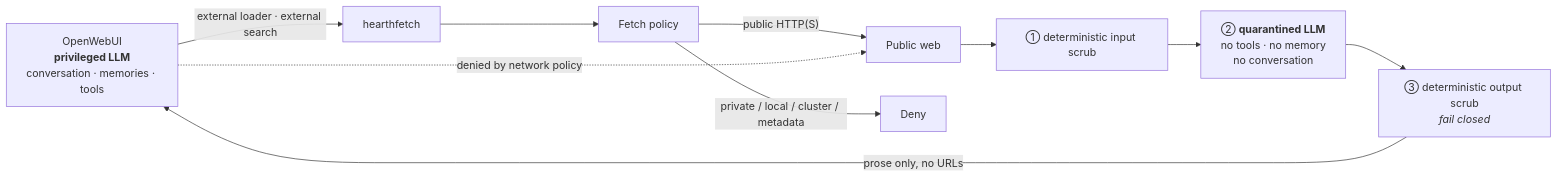
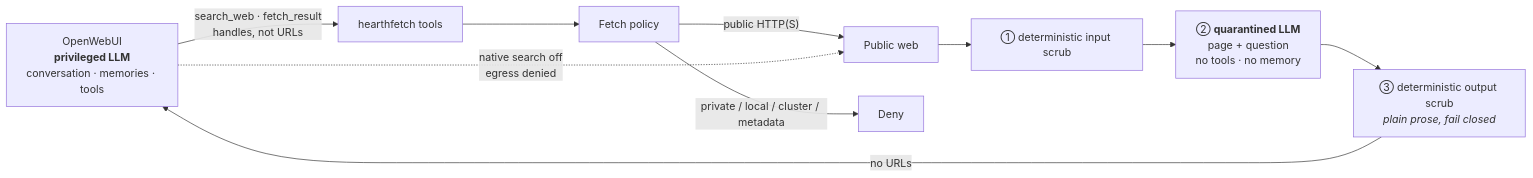
One commit to jokajak/hearthai changed the fifth of 6 diagrams in docs/ARCHITECTURE.md. Above: the diagram before and after it, drawn with Mermaid. The commit also changed other lines of this file and 5 other files, not shown here.

First line of the commit message:
docs: deliver the quarantined fetch as a tool, not a retrieval hook

````diff
--- a/docs/ARCHITECTURE.md
+++ b/docs/ARCHITECTURE.md
@@ -239,13 +239,13 @@
 ```mermaid
 flowchart LR
     OW["OpenWebUI<br/><b>privileged LLM</b><br/>conversation · memories · tools"]
-    OW -->|"external loader · external search"| HF["hearthfetch"]
+    OW -->|"search_web · fetch_result<br/>handles, not URLs"| HF["hearthfetch tools"]
     HF --> POL["Fetch policy"]
     POL -- "public HTTP(S)" --> WEB["Public web"]
     POL -- "private / local / cluster / metadata" --> DENY["Deny"]
     WEB --> S1["① deterministic input scrub"]
-    S1 --> Q["② <b>quarantined LLM</b><br/>no tools · no memory<br/>no conversation"]
-    Q --> S3["③ deterministic output scrub<br/><i>fail closed</i>"]
-    S3 -->|"prose only, no URLs"| OW
-    OW -. "denied by network policy" .-> WEB
+    S1 --> Q["② <b>quarantined LLM</b><br/>page + question<br/>no tools · no memory"]
+    Q --> S3["③ deterministic output scrub<br/><i>plain prose, fail closed</i>"]
+    S3 -->|"no URLs"| OW
+    OW -. "native search off<br/>egress denied" .-> WEB
 ```
````
